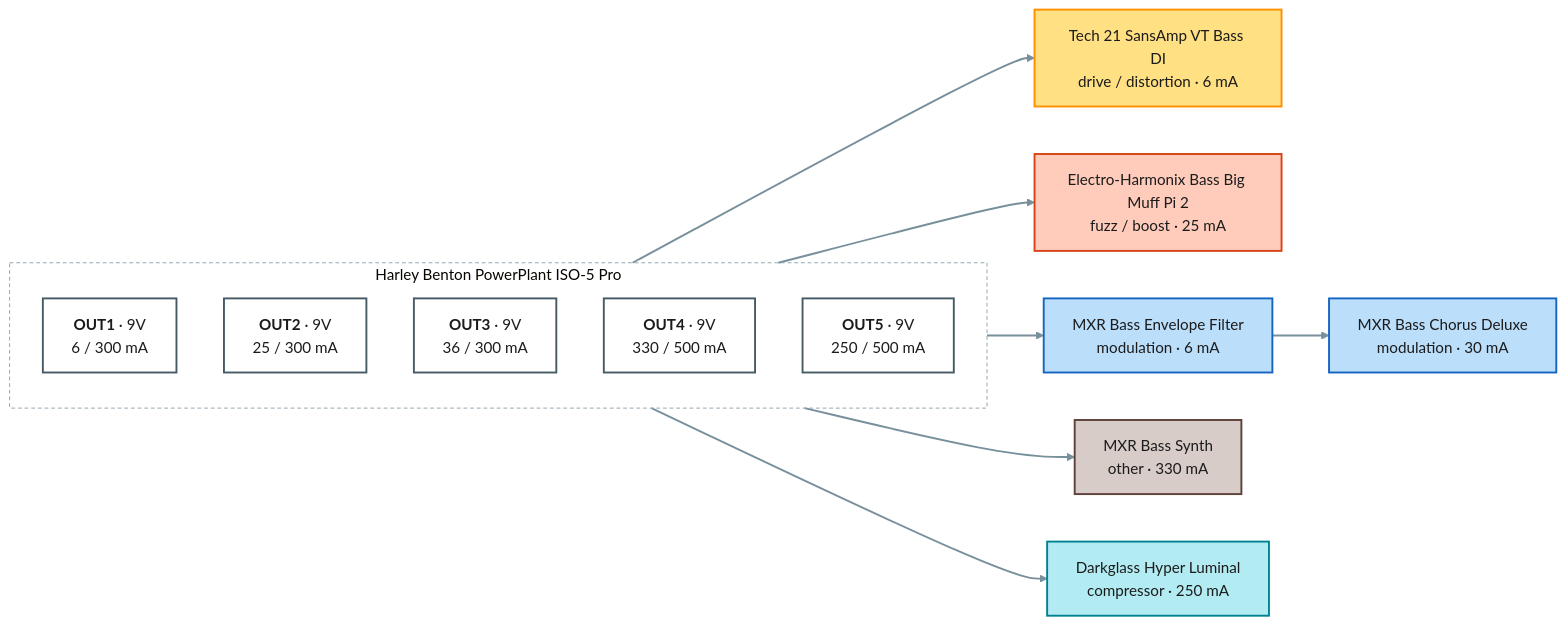
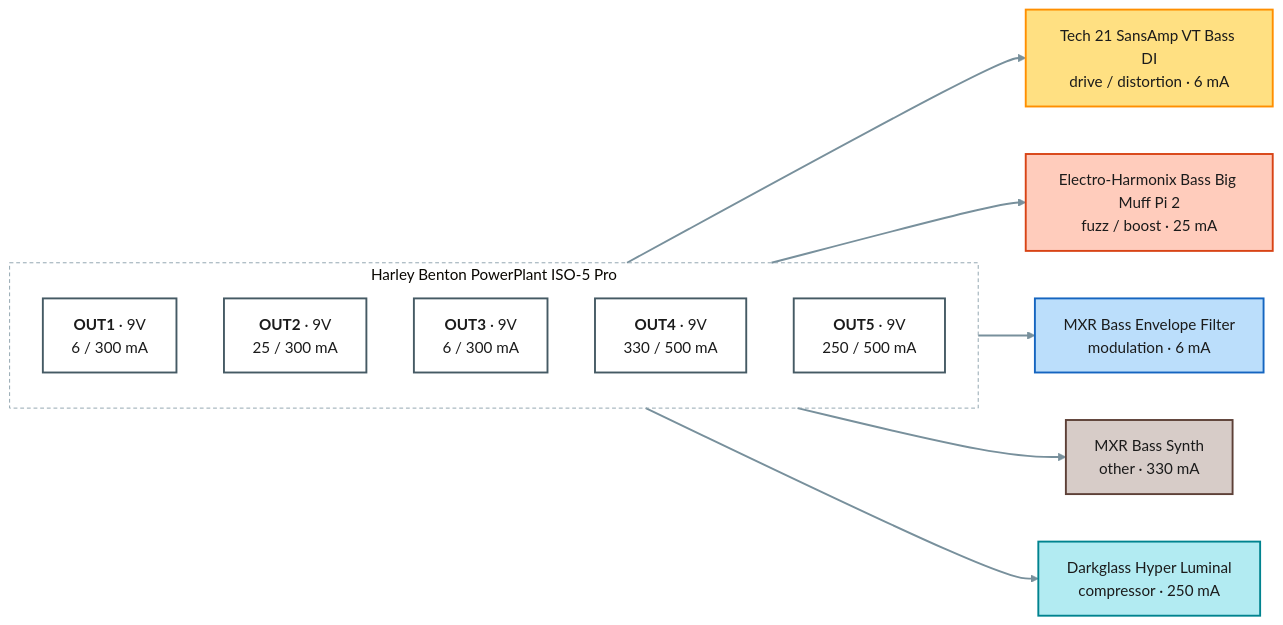
The diagram in projects/bass/power.mmd (pedroacvieira/pedalboard), drawn with Mermaid (base theme) before and after one commit. The commit also changed 22 other files, not shown here.

Commit message:
Bass without the Chorus Deluxe (owner); practice proposals; pedal-preferences plan; handovers; TODO

```diff
--- a/projects/bass/power.mmd
+++ b/projects/bass/power.mmd
@@ -1,31 +1,29 @@
 flowchart LR
     subgraph psu1["Harley Benton PowerPlant ISO-5 Pro"]
         direction TB
         psu1_OUT1["<b>OUT1</b> · 9V<br/>6 / 300 mA"]:::out9
         psu1_OUT2["<b>OUT2</b> · 9V<br/>25 / 300 mA"]:::out9
-        psu1_OUT3["<b>OUT3</b> · 9V<br/>36 / 300 mA"]:::out9
+        psu1_OUT3["<b>OUT3</b> · 9V<br/>6 / 300 mA"]:::out9
         psu1_OUT4["<b>OUT4</b> · 9V<br/>330 / 500 mA"]:::out9
         psu1_OUT5["<b>OUT5</b> · 9V<br/>250 / 500 mA"]:::out9
     end
     tech21_vt_bass_di["Tech 21 SansAmp VT Bass DI<br/>drive / distortion · 6 mA"]:::c_drive___distortion
     ehx_bass_big_muff_2["Electro-Harmonix Bass Big Muff Pi 2<br/>fuzz / boost · 25 mA"]:::c_fuzz___boost
     mxr_bass_envelope_filter["MXR Bass Envelope Filter<br/>modulation · 6 mA"]:::c_modulation
-    mxr_bass_chorus_deluxe["MXR Bass Chorus Deluxe<br/>modulation · 30 mA"]:::c_modulation
     mxr_bass_synth["MXR Bass Synth<br/>other · 330 mA"]:::c_other
     darkglass_hyper_luminal["Darkglass Hyper Luminal<br/>compressor · 250 mA"]:::c_compressor
     psu1_OUT1 --> tech21_vt_bass_di
     psu1_OUT2 --> ehx_bass_big_muff_2
     psu1_OUT3 --> mxr_bass_envelope_filter
-    mxr_bass_envelope_filter --> mxr_bass_chorus_deluxe
     psu1_OUT4 --> mxr_bass_synth
     psu1_OUT5 --> darkglass_hyper_luminal
     classDef out9 fill:#ffffff,stroke:#455a64,stroke-width:2px,color:#1b1b1b
     classDef out18 fill:#ffffff,stroke:#d84315,stroke-width:3px,color:#1b1b1b
     classDef spare fill:#fafafa,stroke:#9e9e9e,stroke-dasharray:4 3,color:#757575
     classDef c_compressor fill:#b2ebf2,stroke:#00838f,stroke-width:2px,color:#1b1b1b
     classDef c_fuzz___boost fill:#ffccbc,stroke:#d84315,stroke-width:2px,color:#1b1b1b
     classDef c_drive___distortion fill:#ffe082,stroke:#ff8f00,stroke-width:2px,color:#1b1b1b
     classDef c_modulation fill:#bbdefb,stroke:#1565c0,stroke-width:2px,color:#1b1b1b
     classDef c_other fill:#d7ccc8,stroke:#5d4037,stroke-width:2px,color:#1b1b1b
     style psu1 fill:none,stroke:#90a4ae,stroke-dasharray:4 3
     linkStyle default stroke:#78909c,stroke-width:2px
```
